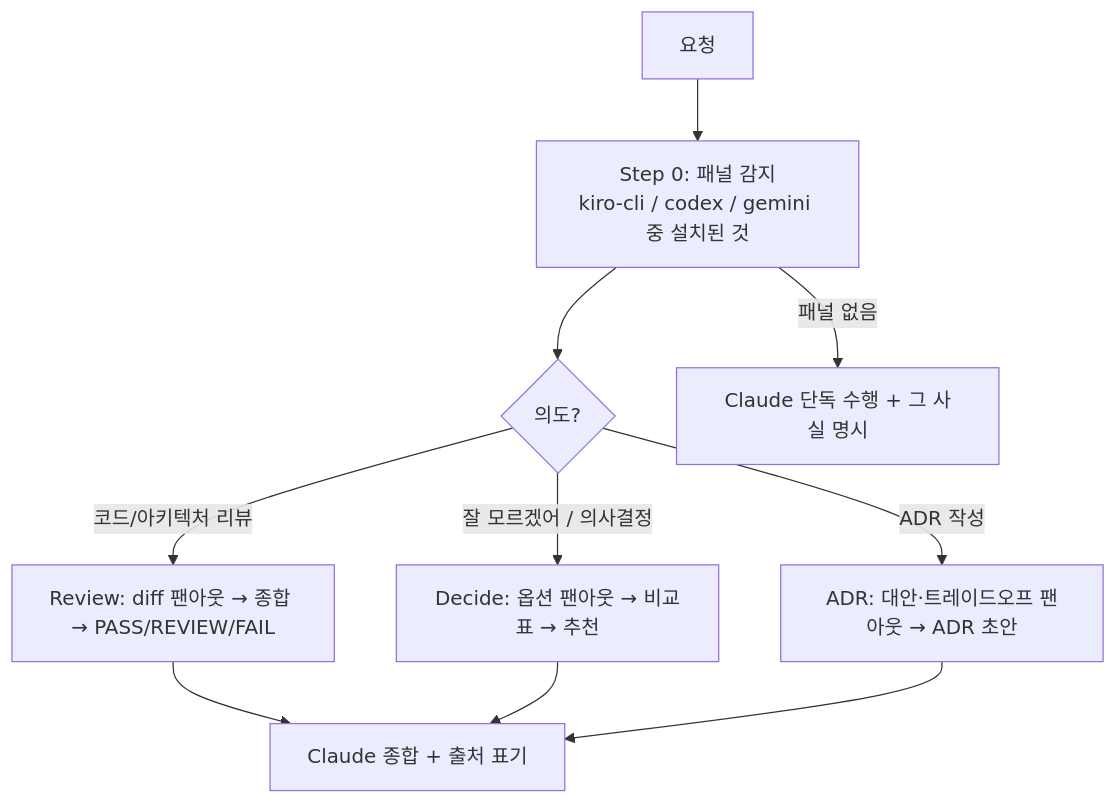
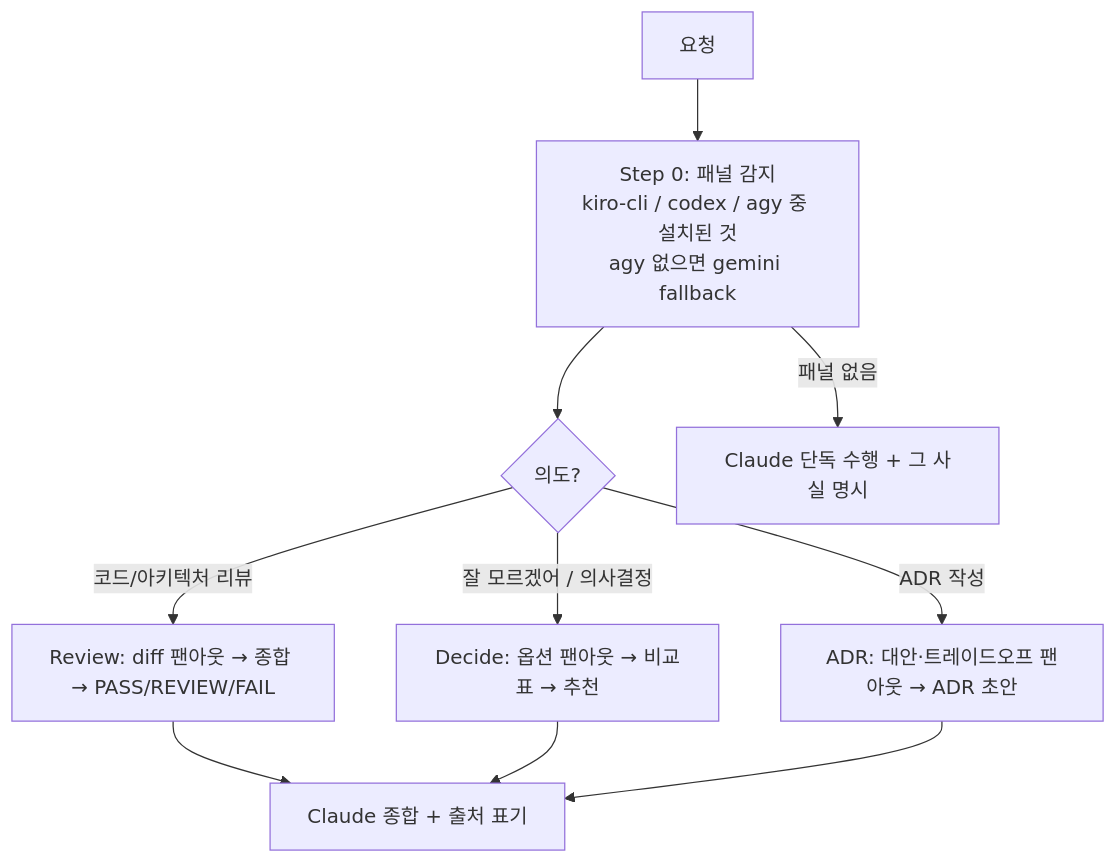
Before and after one commit to Atom-oh/oh-my-cloud-skills: the diagram in plugins/co-agent/agents/co-agent.md, drawn with Mermaid. The commit also changed other lines of this file and 22 other files, not shown here.

First line of the commit message:
feat(co-agent): host-aware chair — peer host implements/reviews, Agy over Gemini

````diff
--- a/plugins/co-agent/agents/co-agent.md
+++ b/plugins/co-agent/agents/co-agent.md
@@ -36,12 +36,12 @@
 ```mermaid
 graph TD
-    A[요청] --> P[Step 0: 패널 감지<br/>kiro-cli / codex / gemini 중 설치된 것]
+    A[요청] --> P[Step 0: 패널 감지<br/>kiro-cli / codex / agy 중 설치된 것<br/>agy 없으면 gemini fallback]
     P --> B{의도?}
     B -->|코드/아키텍처 리뷰| R[Review: diff 팬아웃 → 종합 → PASS/REVIEW/FAIL]
     B -->|"잘 모르겠어" / 의사결정| D[Decide: 옵션 팬아웃 → 비교표 → 추천]
     B -->|ADR 작성| ADR[ADR: 대안·트레이드오프 팬아웃 → ADR 초안]
     R --> S[Claude 종합 + 출처 표기]
     D --> S
     ADR --> S
     P -->|패널 없음| SOLO[Claude 단독 수행 + 그 사실 명시]
 ```
````
